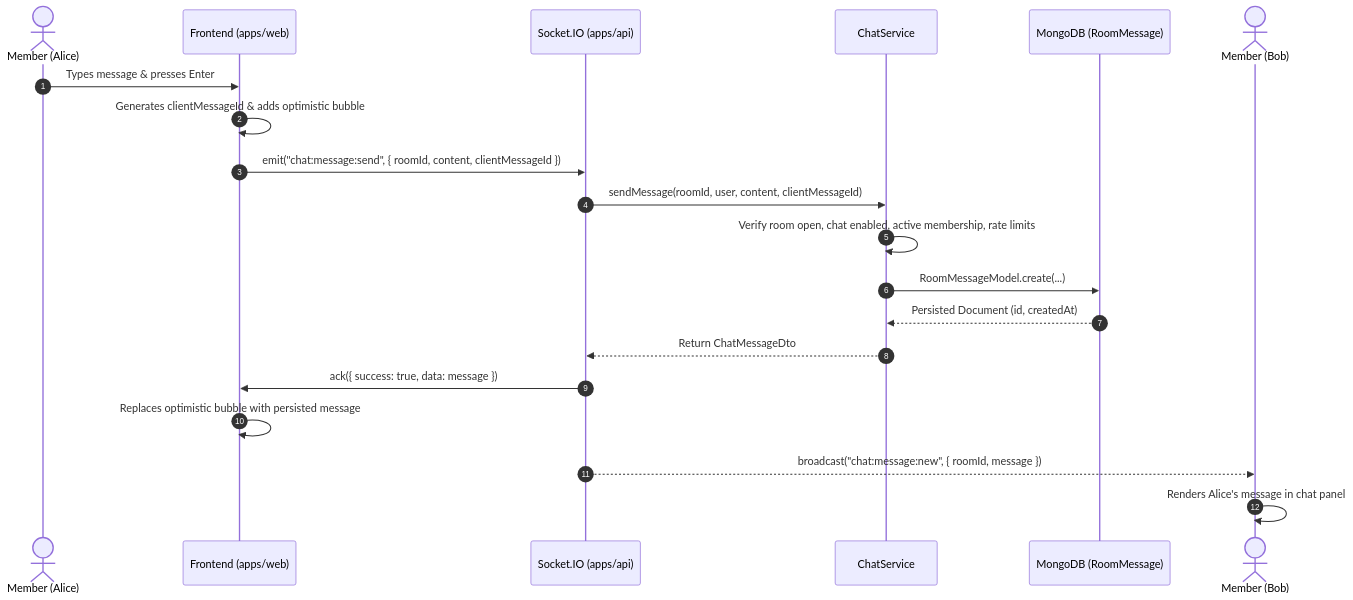
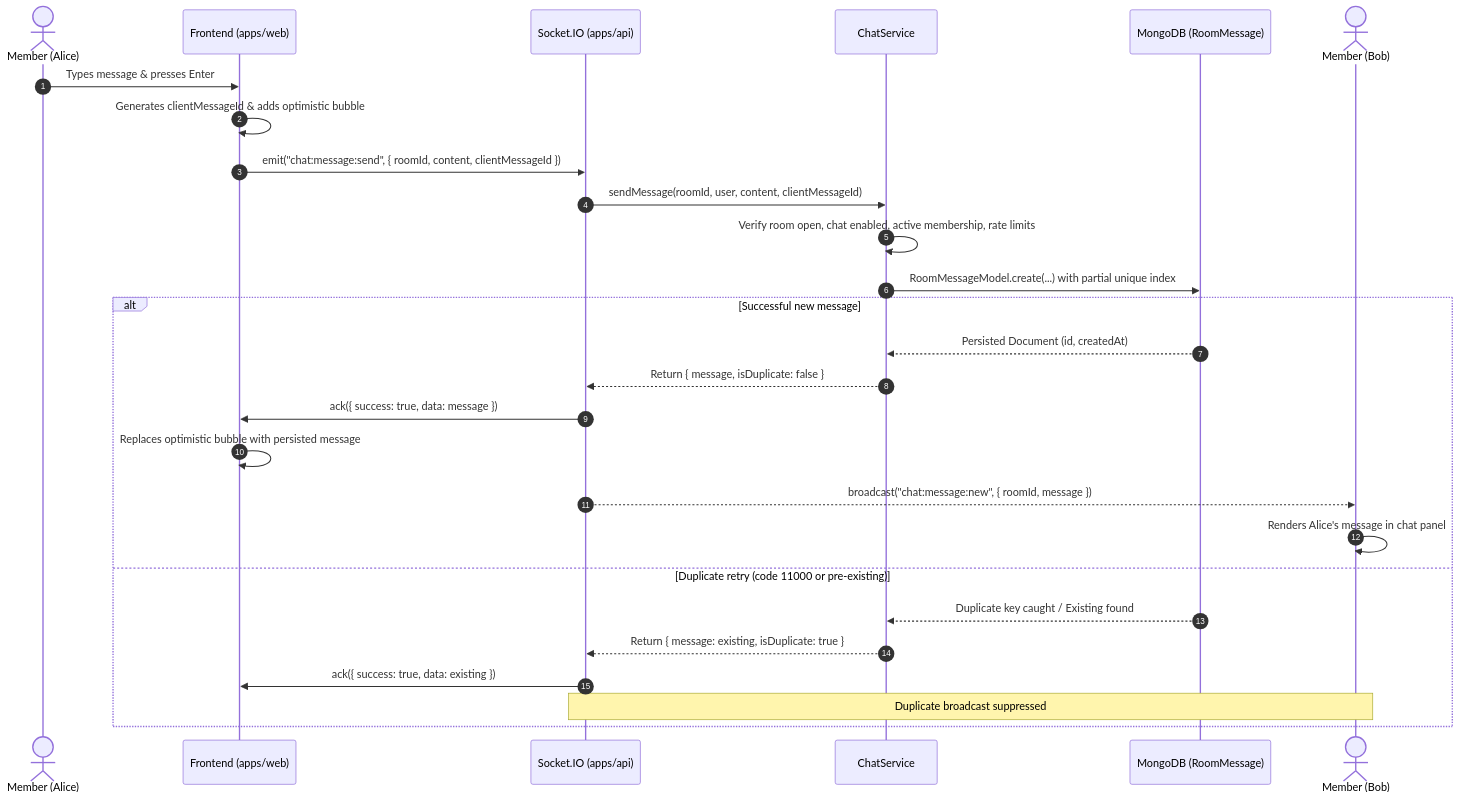
The diagram in docs/CHAT_ARCHITECTURE.md (ckickendev/ktv-online), drawn with Mermaid before and after one commit. The commit also changed other lines of this file and 10 other files, not shown here.

````diff
--- a/docs/CHAT_ARCHITECTURE.md
+++ b/docs/CHAT_ARCHITECTURE.md
@@ -14,23 +14,30 @@
 ```mermaid
 sequenceDiagram
     autonumber
     actor Alice as Member (Alice)
     participant Client as Frontend (apps/web)
     participant Socket as Socket.IO (apps/api)
     participant Service as ChatService
     participant DB as MongoDB (RoomMessage)
     actor Bob as Member (Bob)
 
     Alice->>Client: Types message & presses Enter
     Client->>Client: Generates clientMessageId & adds optimistic bubble
     Client->>Socket: emit("chat:message:send", { roomId, content, clientMessageId })
     Socket->>Service: sendMessage(roomId, user, content, clientMessageId)
     Service->>Service: Verify room open, chat enabled, active membership, rate limits
-    Service->>DB: RoomMessageModel.create(...)
-    DB-->>Service: Persisted Document (id, createdAt)
-    Service-->>Socket: Return ChatMessageDto
-    Socket->>Client: ack({ success: true, data: message })
-    Client->>Client: Replaces optimistic bubble with persisted message
-    Socket-->>Bob: broadcast("chat:message:new", { roomId, message })
-    Bob->>Bob: Renders Alice's message in chat panel
+    Service->>DB: RoomMessageModel.create(...) with partial unique index
+    alt Successful new message
+        DB-->>Service: Persisted Document (id, createdAt)
+        Service-->>Socket: Return { message, isDuplicate: false }
+        Socket->>Client: ack({ success: true, data: message })
+        Client->>Client: Replaces optimistic bubble with persisted message
+        Socket-->>Bob: broadcast("chat:message:new", { roomId, message })
+        Bob->>Bob: Renders Alice's message in chat panel
+    else Duplicate retry (code 11000 or pre-existing)
+        DB-->>Service: Duplicate key caught / Existing found
+        Service-->>Socket: Return { message: existing, isDuplicate: true }
+        Socket->>Client: ack({ success: true, data: existing })
+        Note over Socket,Bob: Duplicate broadcast suppressed
+    end
 ```
````
